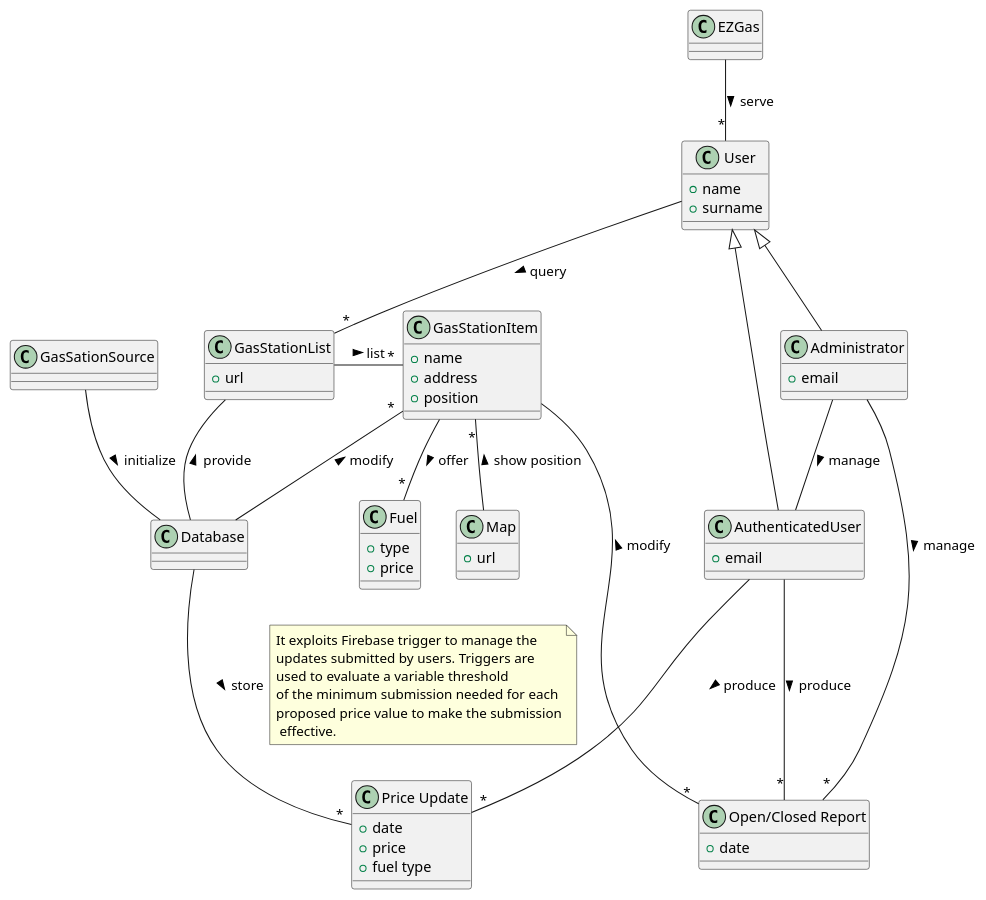
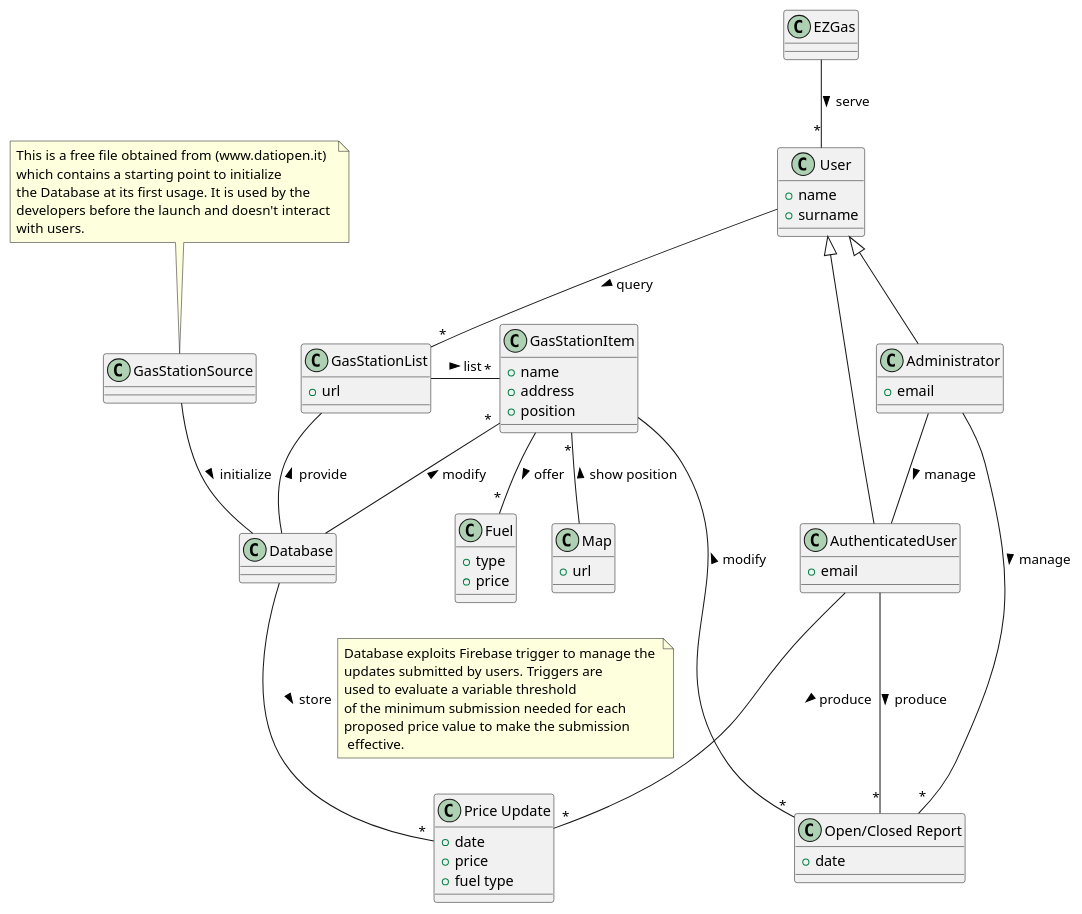
Before and after one commit to aureliocirella/se1-ezgas: the third of 4 diagrams in docs/RequirementsDocument.md, drawn with PlantUML. The commit also changed other lines of this file, not shown here.

````diff
--- a/docs/RequirementsDocument.md
+++ b/docs/RequirementsDocument.md
@@ -440,71 +442,78 @@
 ```plantuml
 class User {
 + name
 + surname
 }
 class Administrator {
 + email
 }
 
 class Fuel {
 +type
 +price
 }
 
 class GasStationList {
 +url
 }
 
 class GasStationItem {
 + name
 + address
 + position
 }
 
 class "Open/Closed Report"{
 + date
 
 }
 
 class "Price Update"{
 + date
 + price
 +fuel type
 }
 
 class Map {
 + url
 
 }
 
 class AuthenticatedUser{
 + email
 }
  
  
 
 EZGas -- "*" User :serve >
-GasSationSource -down- Database :  initialize > 
+GasStationSource -down- Database :  initialize > 
+note top of GasStationSource
+This is a free file obtained from (www.datiopen.it) 
+which contains a starting point to initialize 
+the Database at its first usage. It is used by the 
+developers before the launch and doesn't interact 
+with users.
+end note
 Database -- GasStationList : provide >
 Administrator -- AuthenticatedUser: manage >
 User <|-- Administrator 
 GasStationList -right- "*" GasStationItem :list >
 User <|-right- AuthenticatedUser 
 GasStationItem "*"-- Map : < show position
 User -- "*"  GasStationList : query >
 GasStationItem -- "*" "Open/Closed Report" :< modify 
 Administrator -- "*"  "Open/Closed Report" :  manage >
 Database -- "*"  "Price Update" :  store >
-note right on link  
-It exploits Firebase trigger to manage the 
+note right on link
+Database exploits Firebase trigger to manage the 
 updates submitted by users. Triggers are
 used to evaluate a variable threshold 
 of the minimum submission needed for each 
 proposed price value to make the submission
  effective.
 end note
 AuthenticatedUser-- "*" "Open/Closed Report" : produce >
 AuthenticatedUser-- "*"  "Price Update" : produce >
 GasStationItem "*" -- Database : < modify
 GasStationItem  -- "*" Fuel : > offer
 ```
````
